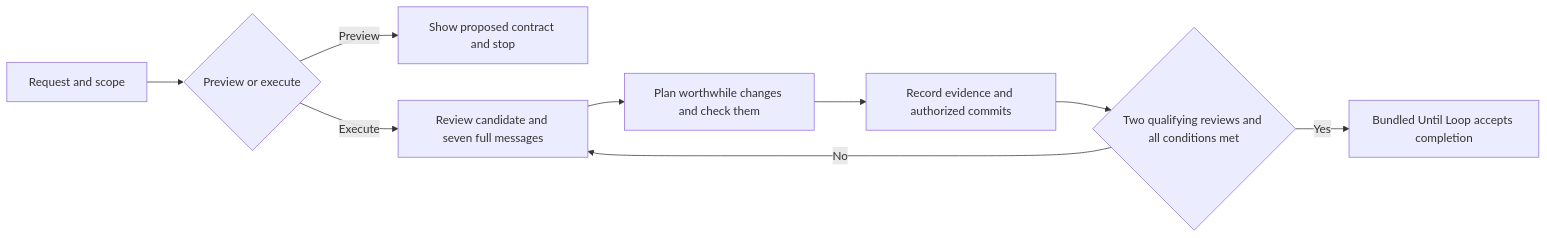
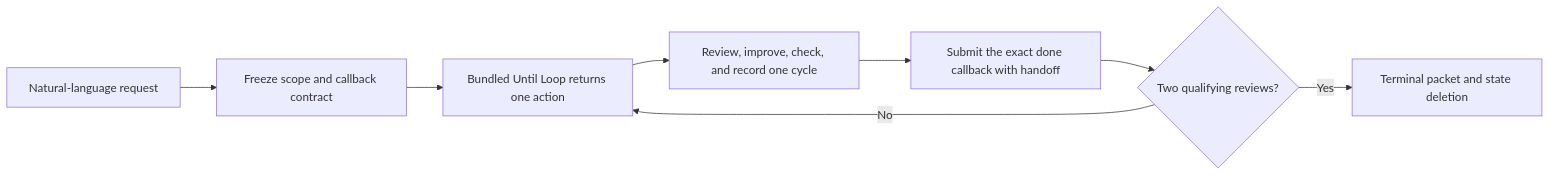
The diagram in skills/improve/README.md (whichguy/skill-craft), drawn with Mermaid before and after one commit. The commit also changed other lines of this file and 42 other files, not shown here.

First line of the commit message:
feat(shiploop): use the latest ephemeral Until Loop through Improve

````diff
--- a/skills/improve/README.md
+++ b/skills/improve/README.md
@@ -3,11 +3,10 @@
-```mermaid
+~~~mermaid
 flowchart LR
-    Request[Request and scope] --> Mode{Preview or execute}
-    Mode -->|Preview| Preview[Show proposed contract and stop]
-    Mode -->|Execute| Review[Review candidate and seven full messages]
-    Review --> Work[Plan worthwhile changes and check them]
-    Work --> Record[Record evidence and authorized commits]
-    Record --> Assess{Two qualifying reviews and all conditions met}
-    Assess -->|No| Review
-    Assess -->|Yes| Done[Bundled Until Loop accepts completion]
-```
+    Request[Natural-language request] --> Contract[Freeze scope and callback contract]
+    Contract --> Packet[Bundled Until Loop returns one action]
+    Packet --> Cycle[Review, improve, check, and record one cycle]
+    Cycle --> Report[Submit the exact done callback with handoff]
+    Report --> Gate{Two qualifying reviews?}
+    Gate -->|No| Packet
+    Gate -->|Yes| Terminal[Terminal packet and state deletion]
+~~~
````
